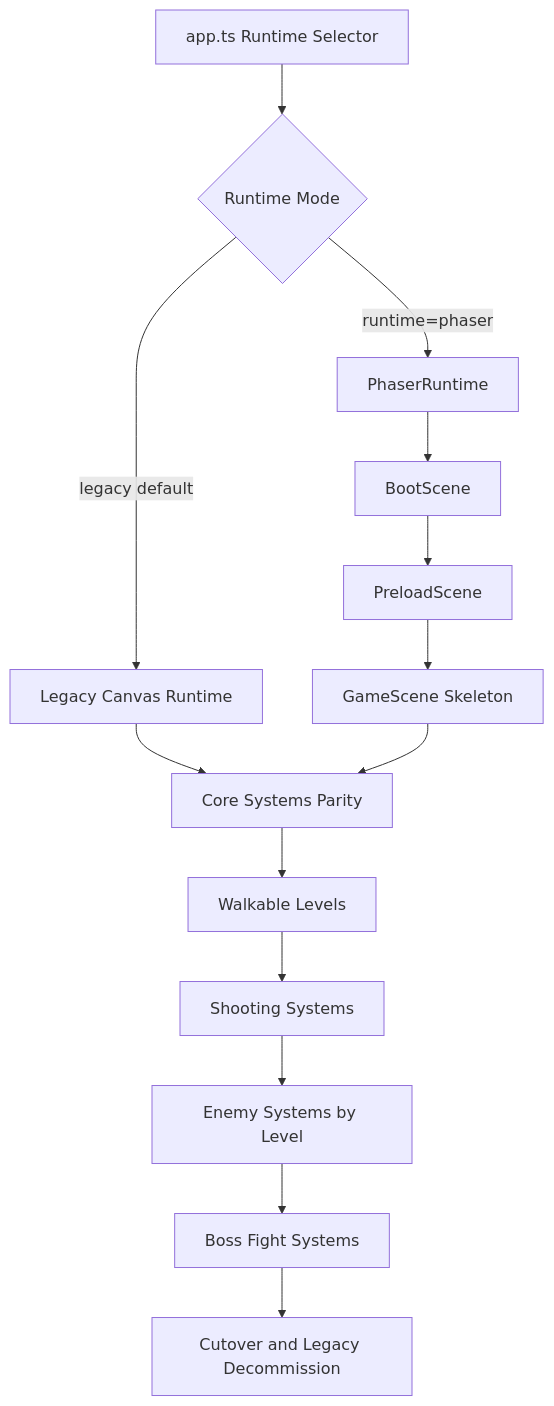
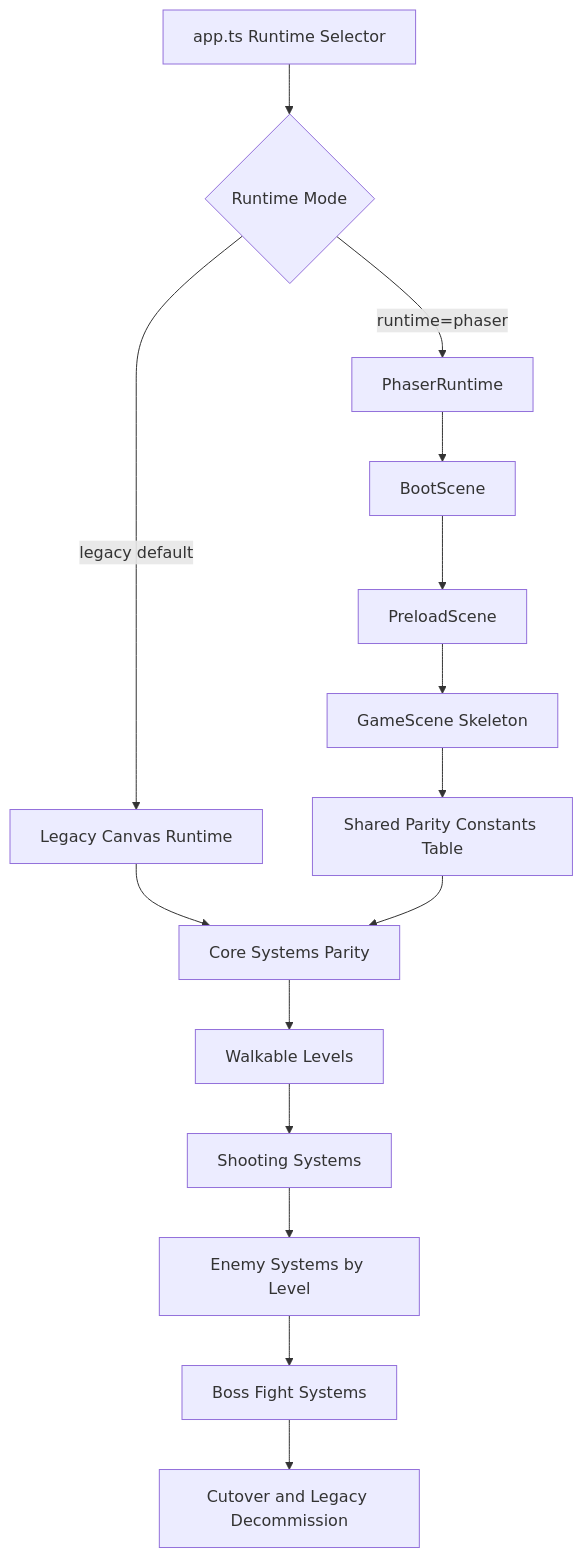
Before and after one commit to PatBaruch/VirusVanguardPhaser: the diagram in docs/architecture/phaser-migration.mmd, drawn with Mermaid. The commit also changed 6 other files, not shown here.

Commit message:
feat(parity:PR-003): add shared constants parity table

```diff
--- a/docs/architecture/phaser-migration.mmd
+++ b/docs/architecture/phaser-migration.mmd
@@ -1,14 +1,15 @@
 flowchart TD
   A[app.ts Runtime Selector] --> B{Runtime Mode}
   B -->|legacy default| C[Legacy Canvas Runtime]
   B -->|runtime=phaser| D[PhaserRuntime]
   D --> D1[BootScene]
   D1 --> D2[PreloadScene]
   D2 --> D3[GameScene Skeleton]
+  D3 --> D4[Shared Parity Constants Table]
   C --> E[Core Systems Parity]
-  D3 --> E
+  D4 --> E
   E --> F[Walkable Levels]
   F --> G[Shooting Systems]
   G --> H[Enemy Systems by Level]
   H --> I[Boss Fight Systems]
   I --> J[Cutover and Legacy Decommission]
```
